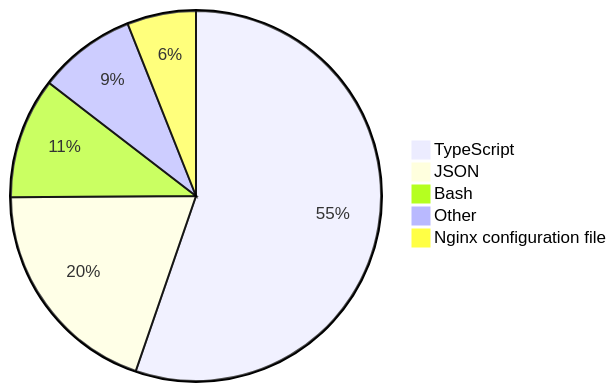
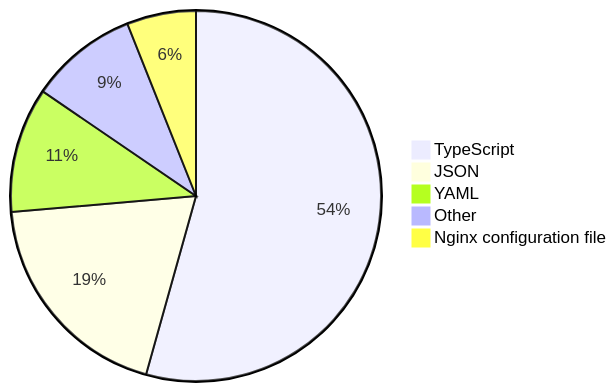
Before and after one commit to skvggor/skvggor: the diagram in README.md, drawn with Mermaid.

Commit message:
Updated waka-readme graph with new metrics

````diff
--- a/README.md
+++ b/README.md
@@ -28,8 +28,8 @@
 ```mermaid
 pie
-    "TypeScript" : 52.4
-    "JSON" : 18.6
-    "Bash" : 10.0
-    "Other" : 8.1
+    "TypeScript" : 51.3
+    "JSON" : 18.2
+    "YAML" : 10.3
+    "Other" : 8.9
     "Nginx configuration file" : 5.7
 ```
````
